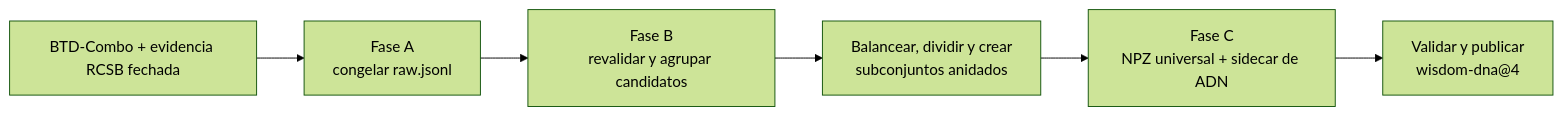
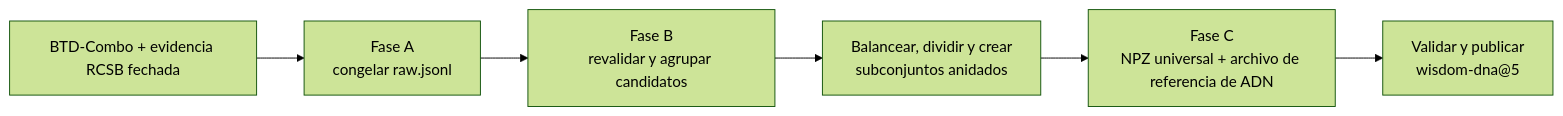
One commit to Davimity/WISDOM changed the first of 4 diagrams in README.es.md. Above: the diagram before and after it, drawn with Mermaid (forest theme). The commit also changed other lines of this file and 2012 other files, not shown here.

````diff
--- a/README.es.md
+++ b/README.es.md
@@ -318,8 +336,8 @@
 ```mermaid
 flowchart LR
     A["BTD-Combo + evidencia RCSB fechada"] --> B["Fase A<br/>congelar raw.jsonl"]
     B --> C["Fase B<br/>revalidar y agrupar candidatos"]
     C --> D["Balancear, dividir y crear<br/>subconjuntos anidados"]
-    D --> E["Fase C<br/>NPZ universal + sidecar de ADN"]
-    E --> F["Validar y publicar<br/>wisdom-dna@4"]
+    D --> E["Fase C<br/>NPZ universal + archivo de referencia de ADN"]
+    E --> F["Validar y publicar<br/>wisdom-dna@5"]
 ```
````
